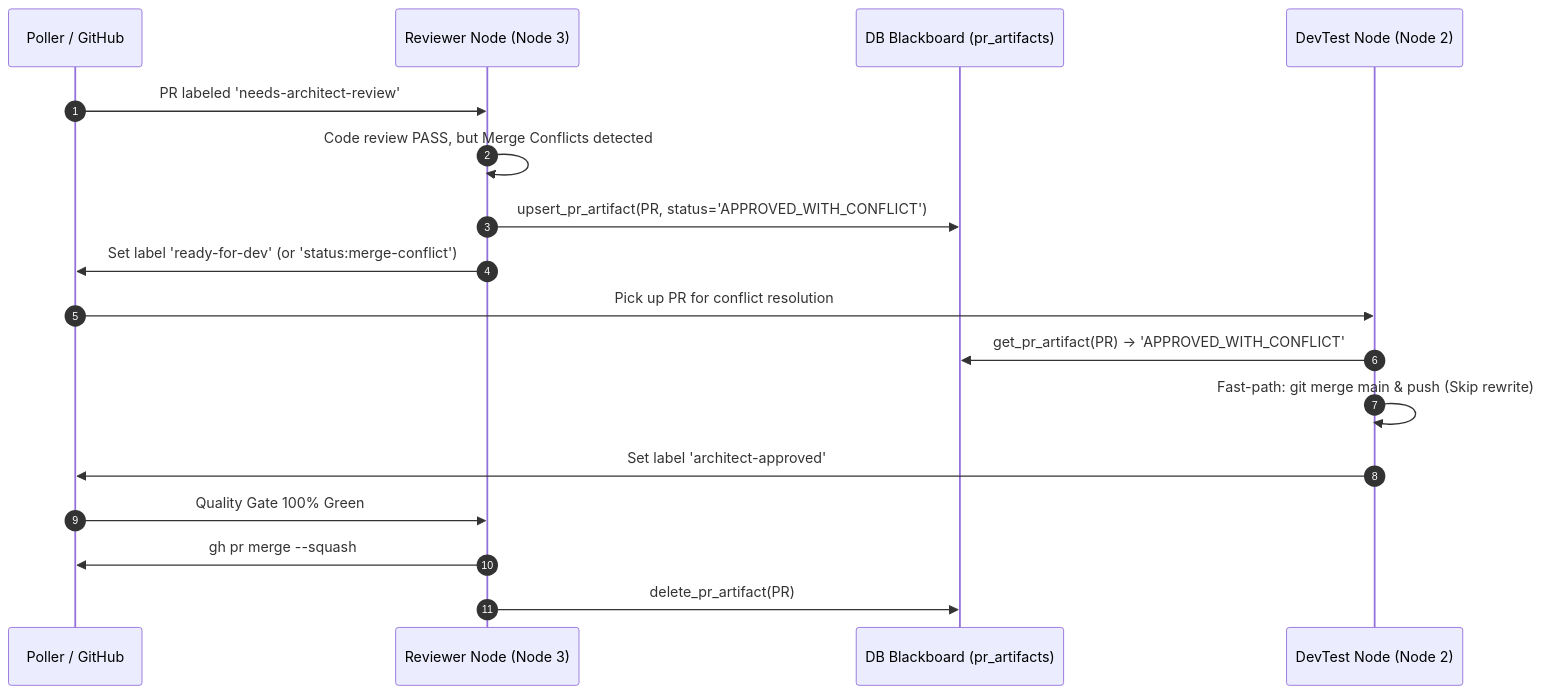
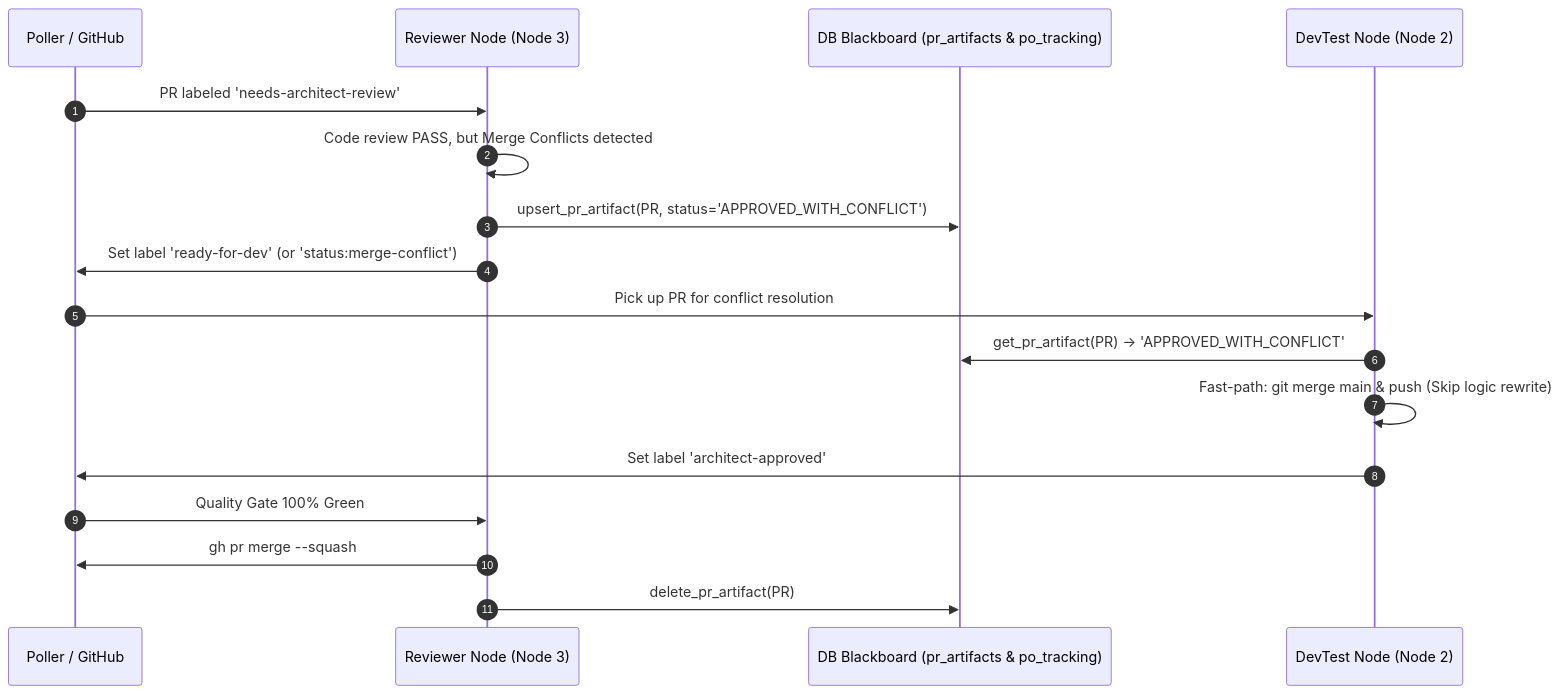
One commit to AntaresAndBharani/graph-engineering changed the third of 5 diagrams in .graph/architecture.md. Above: the diagram before and after it, drawn with Mermaid. The commit also changed other lines of this file and 9 other files, not shown here.

````diff
--- a/.graph/architecture.md
+++ b/.graph/architecture.md
@@ -196,20 +219,20 @@
 ```mermaid
 sequenceDiagram
     autonumber
     participant Poller as Poller / GitHub
     participant Reviewer as Reviewer Node (Node 3)
-    participant Blackboard as DB Blackboard (pr_artifacts)
+    participant Blackboard as DB Blackboard (pr_artifacts & po_tracking)
     participant DevTest as DevTest Node (Node 2)
 
     Poller->>Reviewer: PR labeled 'needs-architect-review'
     Reviewer->>Reviewer: Code review PASS, but Merge Conflicts detected
     Reviewer->>Blackboard: upsert_pr_artifact(PR, status='APPROVED_WITH_CONFLICT')
     Reviewer->>Poller: Set label 'ready-for-dev' (or 'status:merge-conflict')
     Poller->>DevTest: Pick up PR for conflict resolution
     DevTest->>Blackboard: get_pr_artifact(PR) -> 'APPROVED_WITH_CONFLICT'
-    DevTest->>DevTest: Fast-path: git merge main & push (Skip rewrite)
+    DevTest->>DevTest: Fast-path: git merge main & push (Skip logic rewrite)
     DevTest->>Poller: Set label 'architect-approved'
     Poller->>Reviewer: Quality Gate 100% Green
     Reviewer->>Poller: gh pr merge --squash
     Reviewer->>Blackboard: delete_pr_artifact(PR)
 ```
````
